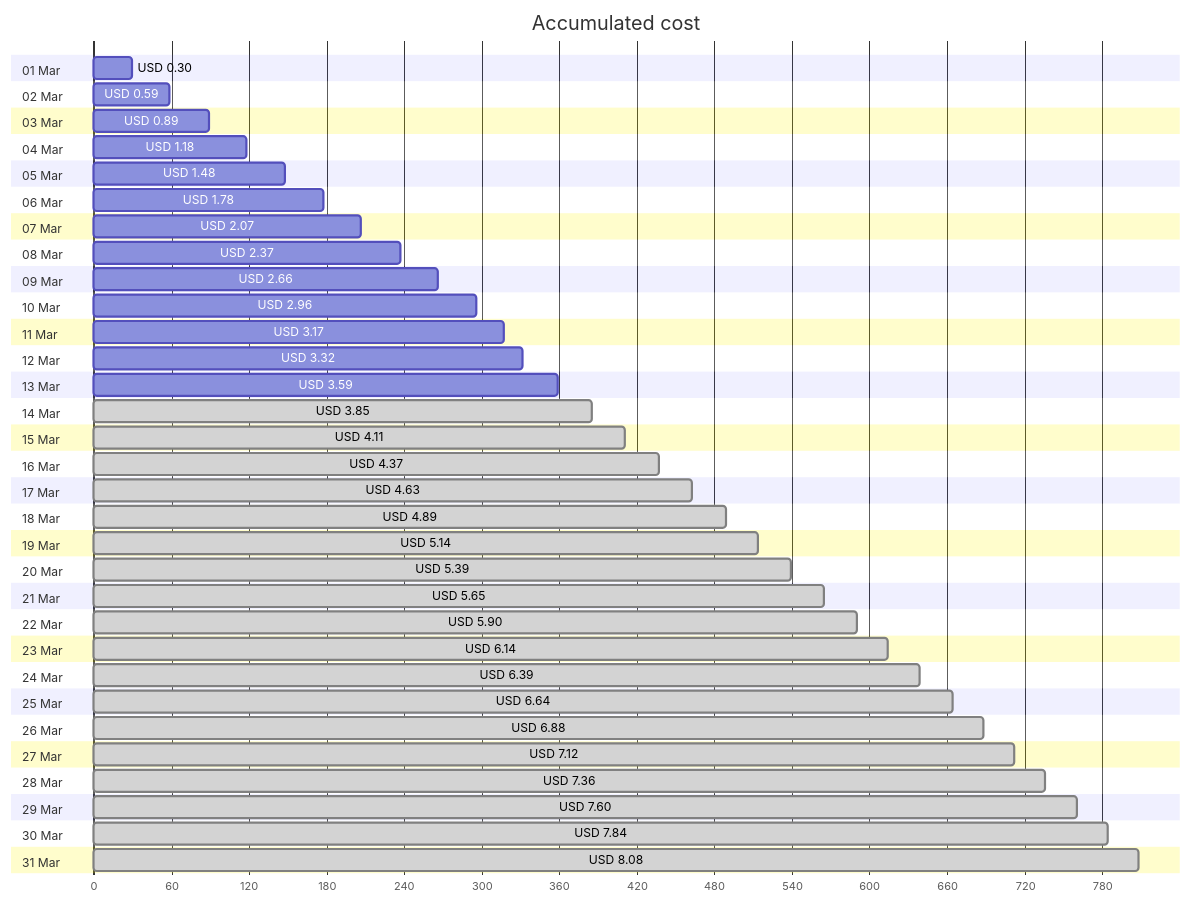
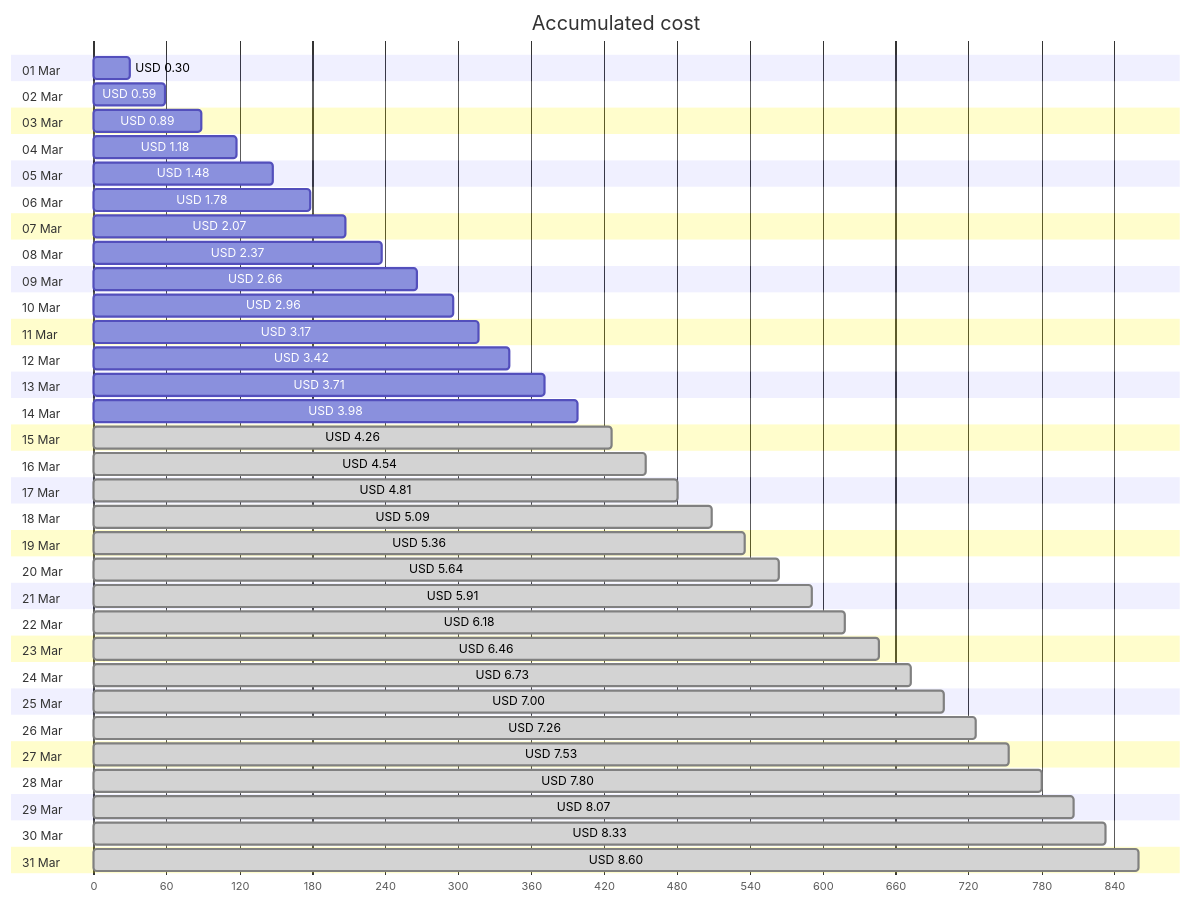
The first of 4 diagrams in cost-reports/personal-site/personal-site-preview.md (jpfulton/azure-personal-reports), drawn with Mermaid before and after one commit. The commit also changed other lines of this file and 6 other files, not shown here.

````diff
--- a/cost-reports/personal-site/personal-site-preview.md
+++ b/cost-reports/personal-site/personal-site-preview.md
@@ -20,68 +20,68 @@
 ```mermaid
 gantt
    title Accumulated cost
    dateFormat  X
    axisFormat %s
    section 01 Mar
    USD 0.30 :0, 30
    section 02 Mar
    USD 0.59 :0, 59
    section 03 Mar
    USD 0.89 :0, 89
    section 04 Mar
    USD 1.18 :0, 118
    section 05 Mar
    USD 1.48 :0, 148
    section 06 Mar
    USD 1.78 :0, 178
    section 07 Mar
    USD 2.07 :0, 207
    section 08 Mar
    USD 2.37 :0, 237
    section 09 Mar
    USD 2.66 :0, 266
    section 10 Mar
    USD 2.96 :0, 296
    section 11 Mar
    USD 3.17 :0, 317
    section 12 Mar
-   USD 3.32 :0, 332
+   USD 3.42 :0, 342
    section 13 Mar
-   USD 3.59 :0, 359
+   USD 3.71 :0, 371
    section 14 Mar
-   USD 3.85 : done, 0, 385
+   USD 3.98 :0, 398
    section 15 Mar
-   USD 4.11 : done, 0, 411
+   USD 4.26 : done, 0, 426
    section 16 Mar
-   USD 4.37 : done, 0, 437
+   USD 4.54 : done, 0, 454
    section 17 Mar
-   USD 4.63 : done, 0, 463
+   USD 4.81 : done, 0, 481
    section 18 Mar
-   USD 4.89 : done, 0, 489
+   USD 5.09 : done, 0, 509
    section 19 Mar
-   USD 5.14 : done, 0, 514
+   USD 5.36 : done, 0, 536
    section 20 Mar
-   USD 5.39 : done, 0, 539
+   USD 5.64 : done, 0, 564
    section 21 Mar
-   USD 5.65 : done, 0, 565
+   USD 5.91 : done, 0, 591
    section 22 Mar
-   USD 5.90 : done, 0, 590
+   USD 6.18 : done, 0, 618
    section 23 Mar
-   USD 6.14 : done, 0, 614
+   USD 6.46 : done, 0, 646
    section 24 Mar
-   USD 6.39 : done, 0, 639
+   USD 6.73 : done, 0, 673
    section 25 Mar
-   USD 6.64 : done, 0, 664
+   USD 7.00 : done, 0, 700
    section 26 Mar
-   USD 6.88 : done, 0, 688
+   USD 7.26 : done, 0, 726
    section 27 Mar
-   USD 7.12 : done, 0, 712
+   USD 7.53 : done, 0, 753
    section 28 Mar
-   USD 7.36 : done, 0, 736
+   USD 7.80 : done, 0, 780
    section 29 Mar
-   USD 7.60 : done, 0, 760
+   USD 8.07 : done, 0, 807
    section 30 Mar
-   USD 7.84 : done, 0, 784
+   USD 8.33 : done, 0, 833
    section 31 Mar
-   USD 8.08 : done, 0, 808
+   USD 8.60 : done, 0, 860
 ```
````
